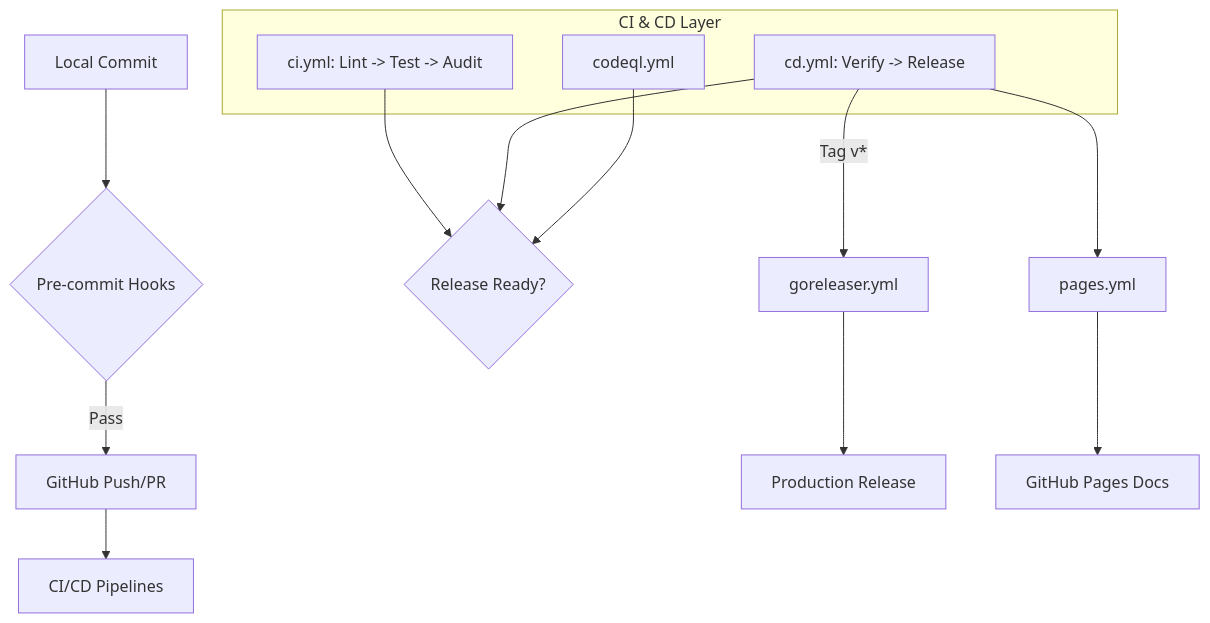
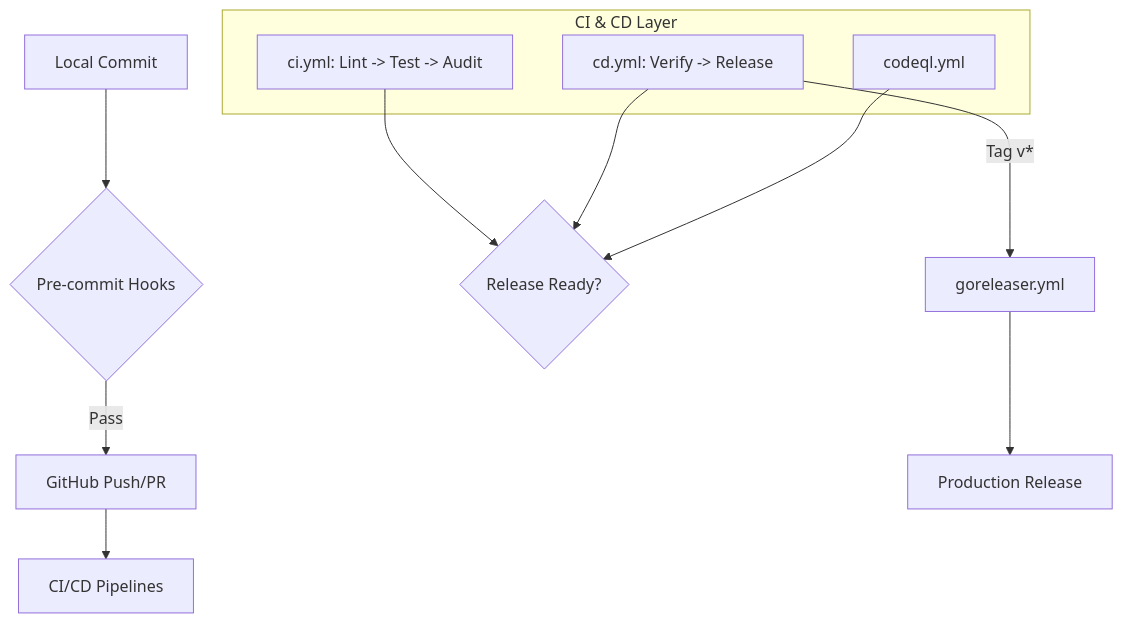
One commit to snowdreamtech/UniBootDesktop changed the diagram in .github/workflows/README.md. Above: the diagram before and after it, drawn with Mermaid. The commit also changed other lines of this file and 5 other files, not shown here.

````diff
--- a/.github/workflows/README.md
+++ b/.github/workflows/README.md
@@ -22,16 +22,14 @@
 ```mermaid
 graph TD
     A[Local Commit] --> B{Pre-commit Hooks}
     B -- Pass --> C[GitHub Push/PR]
     C --> D[CI/CD Pipelines]
     subgraph "CI & CD Layer"
         D1[ci.yml: Lint -> Test -> Audit]
         D2[cd.yml: Verify -> Release]
         D3[codeql.yml]
     end
     D1 & D2 & D3 --> E{Release Ready?}
     D2 -- Tag v* --> F[goreleaser.yml]
     F --> G[Production Release]
-    D2 --> H[pages.yml]
-    H --> I[GitHub Pages Docs]
 ```
````
